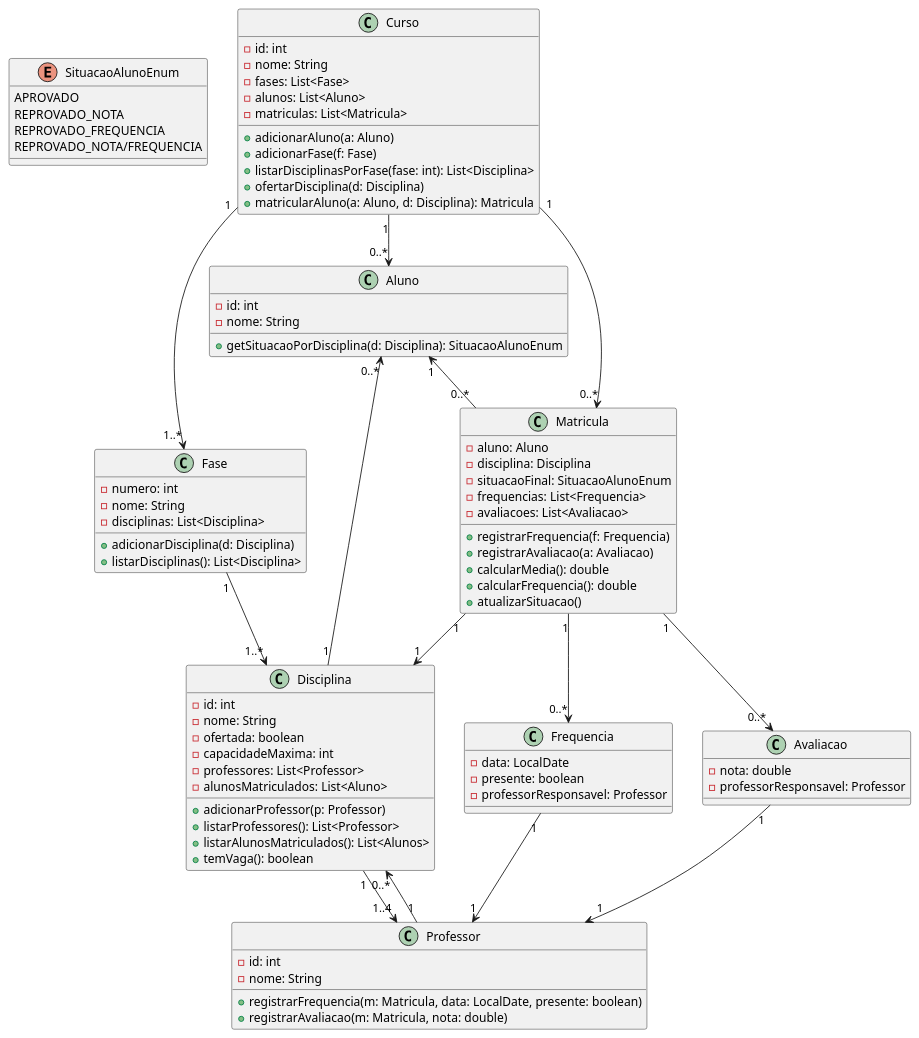
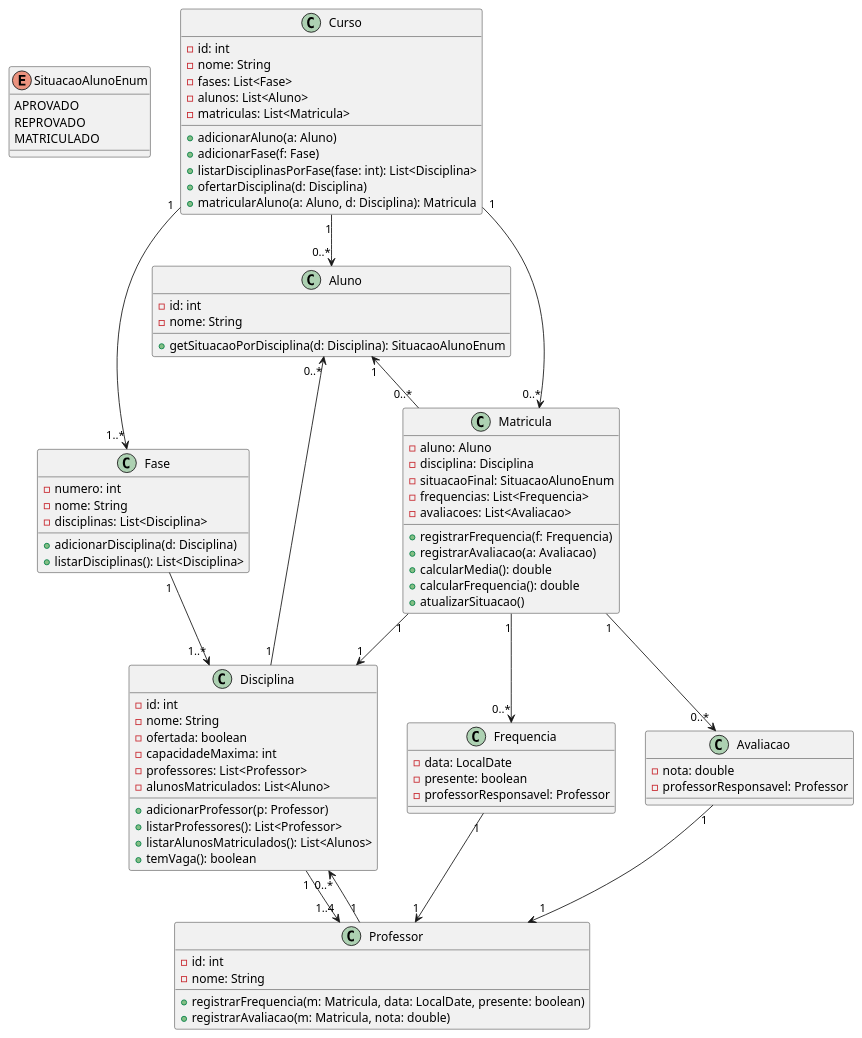
Before and after one commit to FuruyaSKR/POO2: the diagram in trabalhos/src/main/java/SistemaAcademico/sistema_academico_uml.puml, drawn with PlantUML. The commit also changed 18 other files, not shown here.

```diff
--- a/trabalhos/src/main/java/SistemaAcademico/sistema_academico_uml.puml
+++ b/trabalhos/src/main/java/SistemaAcademico/sistema_academico_uml.puml
@@ -1,105 +1,104 @@
 @startuml SistemaAcademicoFinal
 
 enum SituacaoAlunoEnum {
   APROVADO
-  REPROVADO_NOTA
-  REPROVADO_FREQUENCIA
-  REPROVADO_NOTA/FREQUENCIA
+  REPROVADO
+  MATRICULADO
 }
 
 class Aluno {
   - id: int
   - nome: String
 
   + getSituacaoPorDisciplina(d: Disciplina): SituacaoAlunoEnum
 }
 
 class Curso {
   - id: int
   - nome: String
   - fases: List<Fase>
   - alunos: List<Aluno>
   - matriculas: List<Matricula>
 
   + adicionarAluno(a: Aluno)
   + adicionarFase(f: Fase)
   + listarDisciplinasPorFase(fase: int): List<Disciplina>
   + ofertarDisciplina(d: Disciplina)
   + matricularAluno(a: Aluno, d: Disciplina): Matricula
 }
 
 class Fase {
   - numero: int
   - nome: String
   - disciplinas: List<Disciplina>
 
   + adicionarDisciplina(d: Disciplina)
   + listarDisciplinas(): List<Disciplina>
 }
 
 class Disciplina {
   - id: int
   - nome: String
   - ofertada: boolean
   - capacidadeMaxima: int
   - professores: List<Professor>
   - alunosMatriculados: List<Aluno>
 
   + adicionarProfessor(p: Professor)
   + listarProfessores(): List<Professor>
   + listarAlunosMatriculados(): List<Alunos>
   + temVaga(): boolean
 }
 
 class Professor {
   - id: int
   - nome: String
 
   + registrarFrequencia(m: Matricula, data: LocalDate, presente: boolean)
   + registrarAvaliacao(m: Matricula, nota: double)
 }
 
 class Matricula {
   - aluno: Aluno
   - disciplina: Disciplina
   - situacaoFinal: SituacaoAlunoEnum
   - frequencias: List<Frequencia>
   - avaliacoes: List<Avaliacao>
 
   + registrarFrequencia(f: Frequencia)
   + registrarAvaliacao(a: Avaliacao)
   + calcularMedia(): double
   + calcularFrequencia(): double
   + atualizarSituacao()
 }
 
 class Frequencia {
   - data: LocalDate
   - presente: boolean
   - professorResponsavel: Professor
 }
 
 class Avaliacao {
   - nota: double
   - professorResponsavel: Professor
 }
 
 Curso "1" --> "1..*" Fase
 Fase "1" --> "1..*" Disciplina
 Curso "1" --> "0..*" Aluno
 Curso "1" --> "0..*" Matricula
 
 Disciplina "1" --> "1..4" Professor
 Professor "1" --> "0..*" Disciplina
 
 Disciplina "1" --> "0..*" Aluno
 
 Matricula "1" --> "1" Disciplina
 Aluno "1" <-- "0..*" Matricula
 
 Matricula "1" --> "0..*" Frequencia
 Matricula "1" --> "0..*" Avaliacao
 Frequencia "1" --> "1" Professor
 Avaliacao "1" --> "1" Professor
 
 @enduml
```
